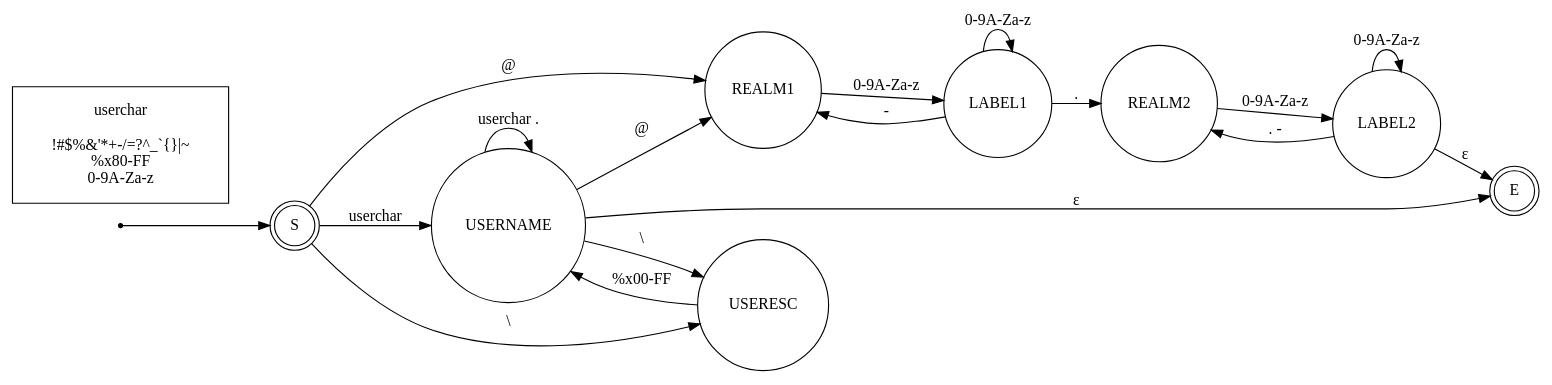
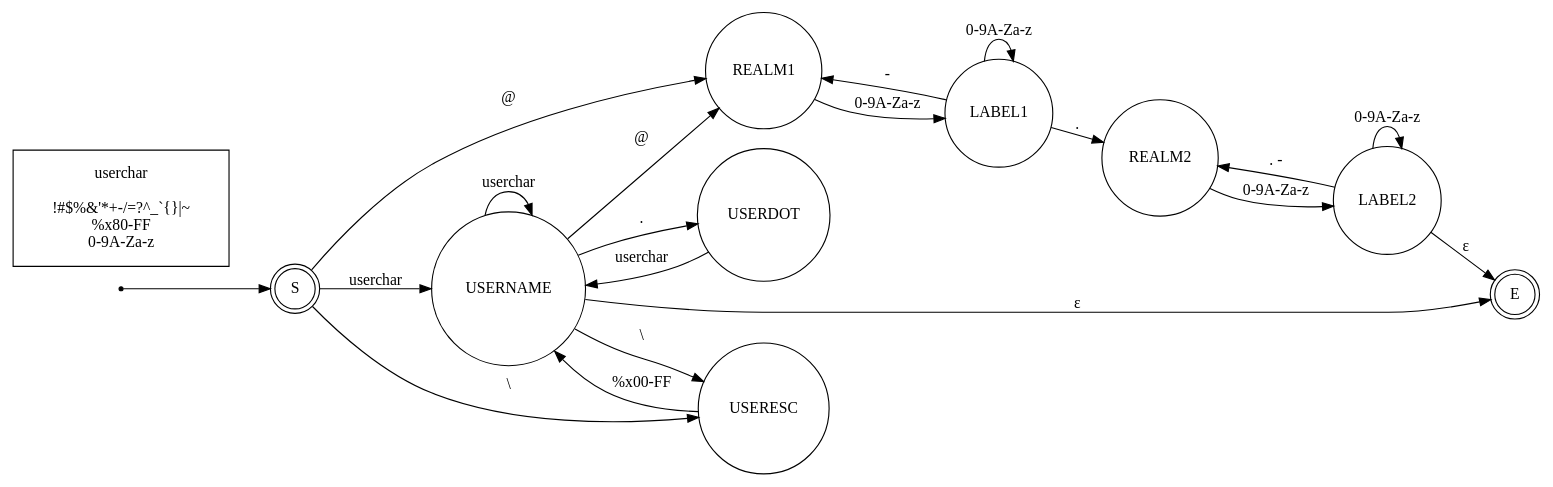
The diagram in doc/design/rfc4282_fsm.gv (arpa2/libarpa2service), drawn with Graphviz before and after one commit. The commit also changed 2 other files, not shown here.

Commit message:
rfc4282 fsm: username can not end with a dot

```diff
--- a/doc/design/rfc4282_fsm.gv
+++ b/doc/design/rfc4282_fsm.gv
@@ -1,35 +1,37 @@
 digraph finite_state_machine {
 	rankdir=LR
 	node [shape = doublecircle];
 		S;
 		E;
 
 	node [shape = point ];
 		qi
 
 	node [shape = circle];
 		qi	-> S;
 
 		/* First do realm. */
 		S	-> REALM1 [ label = "@" ];
 		REALM1	-> LABEL1 [ label = "0-9A-Za-z" ];
 		LABEL1	-> LABEL1 [ label = "0-9A-Za-z" ];
 		LABEL1	-> REALM1 [ label = "-" ];
 		LABEL1	-> REALM2 [ label = "." ];
 		REALM2	-> LABEL2 [ label = "0-9A-Za-z" ];
 		LABEL2	-> LABEL2 [ label = "0-9A-Za-z" ];
 		LABEL2	-> REALM2 [ label = ". -" ];
 		LABEL2	-> E [ label = "&epsilon;" ];
 
 		/* Then username. */
 		S	-> USERNAME [ label = "userchar" ];
 		S	-> USERESC [ label = "\\" ];
-		USERNAME	-> USERNAME [ label = "userchar ." ];
+		USERNAME	-> USERNAME [ label = "userchar" ];
 		USERNAME	-> USERESC [ label = "\\" ];
 		USERESC	-> USERNAME [ label = "%x00-FF" ];
+		USERNAME	-> USERDOT [ label = "." ];
+		USERDOT	-> USERNAME [ label = "userchar" ];
 		USERNAME	-> REALM1 [ label = "@" ];
 		USERNAME	-> E [ label = "&epsilon;" ];
 
 	node[ shape=box, margin="0.2,0.2" ];
 		userchar[ label = "userchar \n\n!#$%&'*+-/=?^_`{}|~\n%x80-FF\n0-9A-Za-z" ];
 }
```
